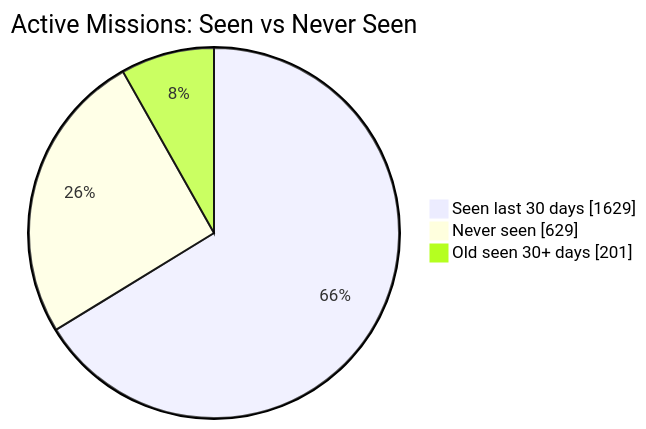
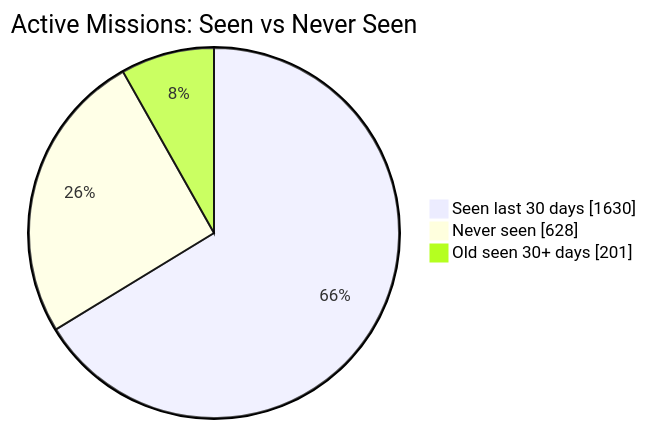
The first of 2 diagrams in README.md (MeldkamerspelGameTeam/active-missions), drawn with Mermaid before and after one commit. The commit also changed other lines of this file and 2 other files, not shown here.

````diff
--- a/README.md
+++ b/README.md
@@ -34,7 +34,7 @@
 ```mermaid
 pie showData
     title Active Missions: Seen vs Never Seen
-    "Seen last 30 days" : 1629
-    "Never seen" : 629
+    "Seen last 30 days" : 1630
+    "Never seen" : 628
     "Old seen 30+ days" : 201
 ```
````
